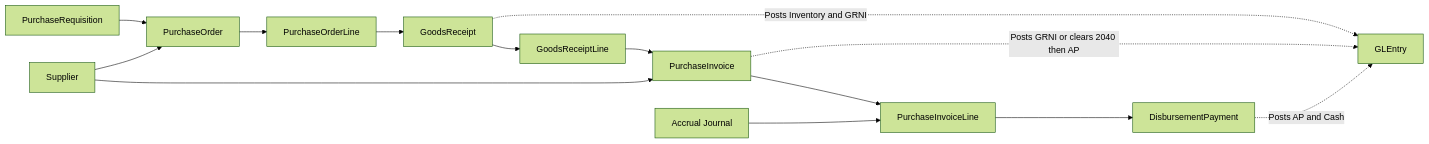
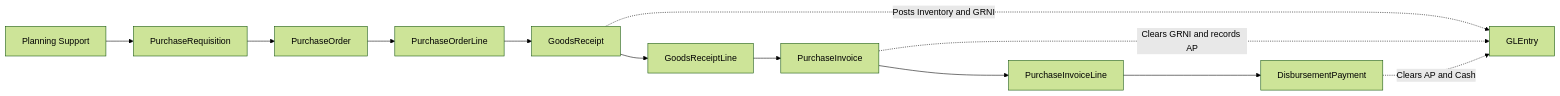
One commit to mmcodesso/greenfield_database changed the first of 7 diagrams in docs/processes/p2p.md. Above: the diagram before and after it, drawn with Mermaid (forest theme). The commit also changed other lines of this file and 2 other files, not shown here.

````diff
--- a/docs/processes/p2p.md
+++ b/docs/processes/p2p.md
@@ -16,22 +20,18 @@
 ```mermaid
 flowchart LR
-    S[Supplier]
+    PLAN[Planning Support]
     PR[PurchaseRequisition]
     PO[PurchaseOrder]
     POL[PurchaseOrderLine]
     GR[GoodsReceipt]
     GRL[GoodsReceiptLine]
-    AC[Accrual Journal]
     PI[PurchaseInvoice]
     PIL[PurchaseInvoiceLine]
     DP[DisbursementPayment]
     GL[GLEntry]
 
-    PR --> PO --> POL --> GR --> GRL --> PI --> PIL --> DP
-    AC --> PIL
-    S --> PO
-    S --> PI
+    PLAN --> PR --> PO --> POL --> GR --> GRL --> PI --> PIL --> DP
     GR -. Posts Inventory and GRNI .-> GL
-    PI -. Posts GRNI or clears 2040 then AP .-> GL
-    DP -. Posts AP and Cash .-> GL
+    PI -. Clears GRNI and records AP .-> GL
+    DP -. Clears AP and Cash .-> GL
 ```
````
